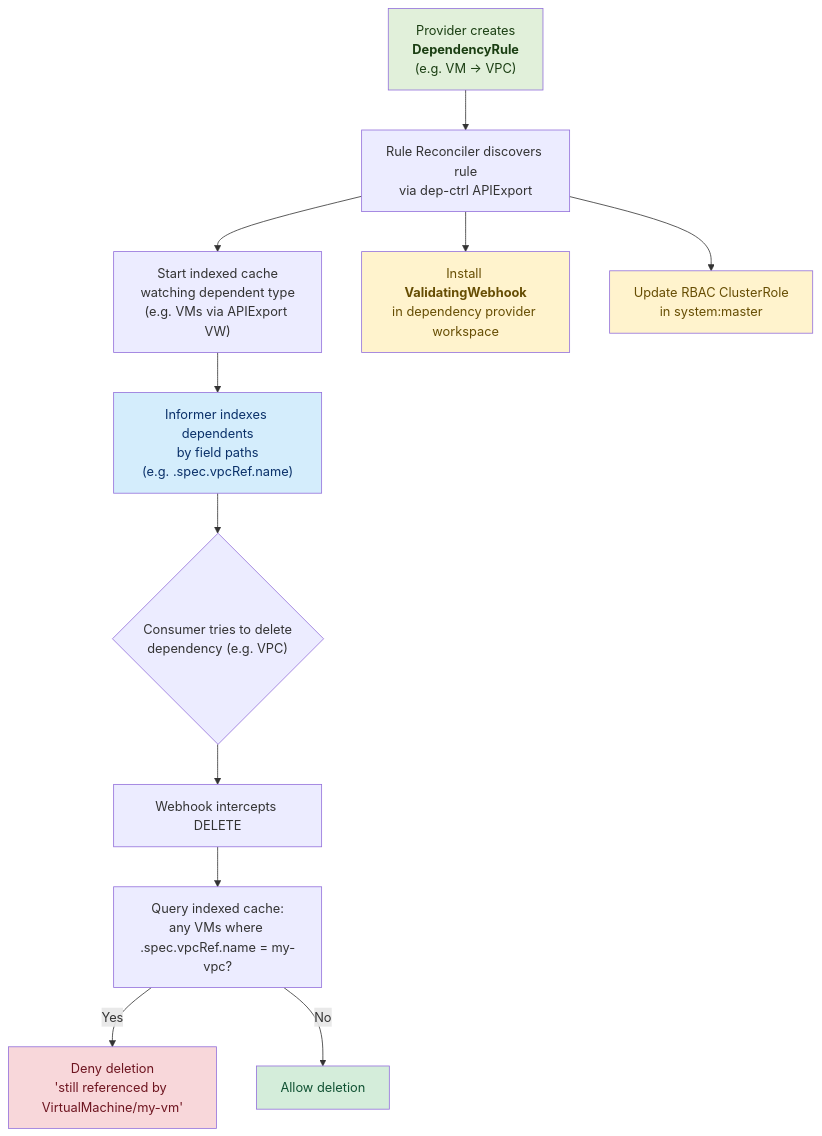
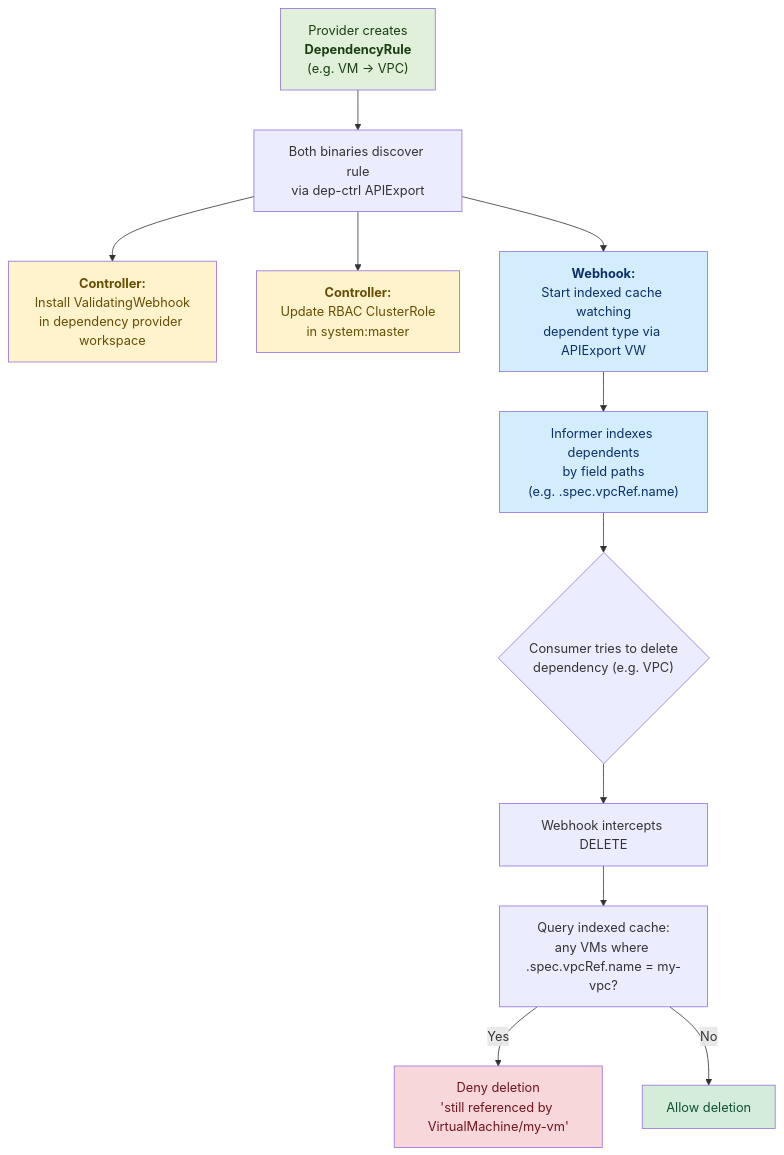
The first of 2 diagrams in README.md (opendefensecloud/dependency-controller), drawn with Mermaid before and after one commit. The commit also changed other lines of this file and 2 other files, not shown here.

Commit message:
updated docs, made sure the role of rbac manager is clarified

````diff
--- a/README.md
+++ b/README.md
@@ -16,22 +16,24 @@
 ```mermaid
 flowchart TD
-    A["Provider creates<br/><b>DependencyRule</b><br/>(e.g. VM → VPC)"] --> B["Rule Reconciler discovers rule<br/>via dep-ctrl APIExport"]
-    B --> C["Start indexed cache<br/>watching dependent type<br/>(e.g. VMs via APIExport VW)"]
-    B --> D["Install <b>ValidatingWebhook</b><br/>in dependency provider workspace"]
-    B --> E["Update RBAC ClusterRole<br/>in system:master"]
+    A["Provider creates<br/><b>DependencyRule</b><br/>(e.g. VM → VPC)"] --> B["Both binaries discover rule<br/>via dep-ctrl APIExport"]
 
-    C --> F["Informer indexes dependents<br/>by field paths<br/>(e.g. .spec.vpcRef.name)"]
+    B --> C["<b>Controller:</b><br/>Install ValidatingWebhook<br/>in dependency provider workspace"]
+    B --> D["<b>Controller:</b><br/>Update RBAC ClusterRole<br/>in system:master"]
+    B --> E["<b>Webhook:</b><br/>Start indexed cache watching<br/>dependent type via APIExport VW"]
+
+    E --> F["Informer indexes dependents<br/>by field paths<br/>(e.g. .spec.vpcRef.name)"]
 
     F --> G{"Consumer tries to delete<br/>dependency (e.g. VPC)"}
     G --> H["Webhook intercepts DELETE"]
     H --> I["Query indexed cache:<br/>any VMs where .spec.vpcRef.name = my-vpc?"]
     I -- Yes --> J["Deny deletion<br/>'still referenced by VirtualMachine/my-vm'"]
     I -- No --> K["Allow deletion"]
 
     style A fill:#e1f0da,color:#1a3e12
+    style C fill:#fff3cd,color:#664d03
     style D fill:#fff3cd,color:#664d03
-    style E fill:#fff3cd,color:#664d03
+    style E fill:#d4edfc,color:#0a3069
     style F fill:#d4edfc,color:#0a3069
     style J fill:#f8d7da,color:#6e1520
     style K fill:#d4edda,color:#0f5132
 ```
````
